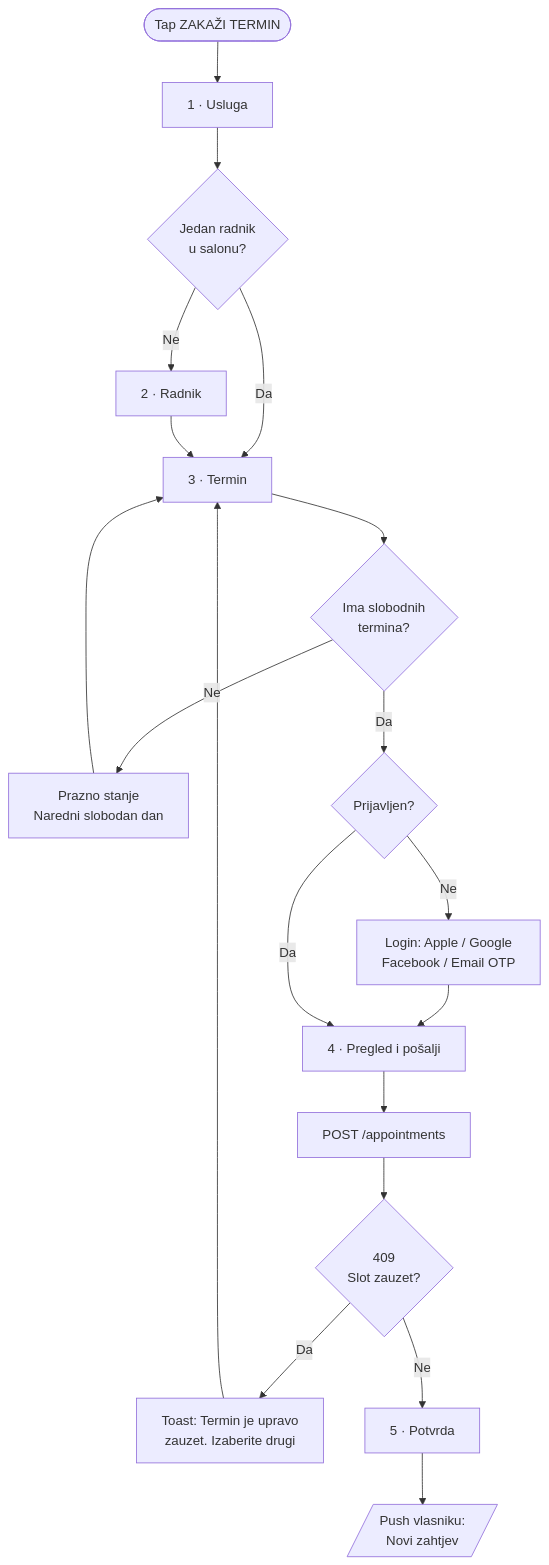
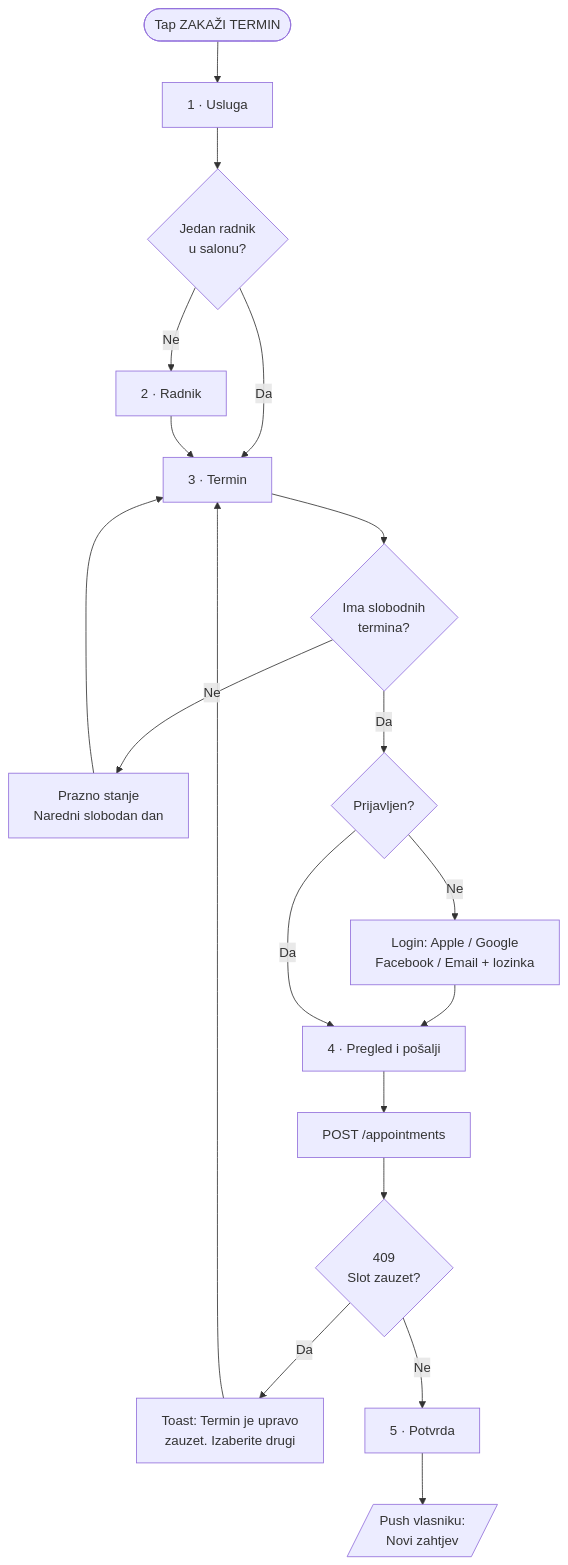
Before and after one commit to htuco/salon-booking-platform: the second of 5 diagrams in docs/02-user-flows-wireframes.md, drawn with Mermaid. The commit also changed other lines of this file and 17 other files, not shown here.

Commit message:
docs(auth): planiraj email i lozinku

````diff
--- a/docs/02-user-flows-wireframes.md
+++ b/docs/02-user-flows-wireframes.md
@@ -177,20 +178,20 @@
 ```mermaid
 flowchart TD
     START([Tap ZAKAŽI TERMIN]) --> S1[1 · Usluga]
     S1 --> SKIP{Jedan radnik<br/>u salonu?}
     SKIP -->|Da| S3[3 · Termin]
     SKIP -->|Ne| S2[2 · Radnik]
     S2 --> S3
     S3 --> EMPTY{Ima slobodnih<br/>termina?}
     EMPTY -->|Ne| ALT[Prazno stanje<br/>Naredni slobodan dan]
     ALT --> S3
     EMPTY -->|Da| AUTH{Prijavljen?}
-    AUTH -->|Ne| LOGIN[Login: Apple / Google<br/>Facebook / Email OTP]
+    AUTH -->|Ne| LOGIN[Login: Apple / Google<br/>Facebook / Email + lozinka]
     LOGIN --> S4
     AUTH -->|Da| S4[4 · Pregled i pošalji]
     S4 --> POST[POST /appointments]
     POST --> CONFLICT{409<br/>Slot zauzet?}
     CONFLICT -->|Da| BACK[Toast: Termin je upravo<br/>zauzet. Izaberite drugi] --> S3
     CONFLICT -->|Ne| OK[5 · Potvrda]
     OK --> PUSH[/Push vlasniku:<br/>Novi zahtjev/]
 ```
````
